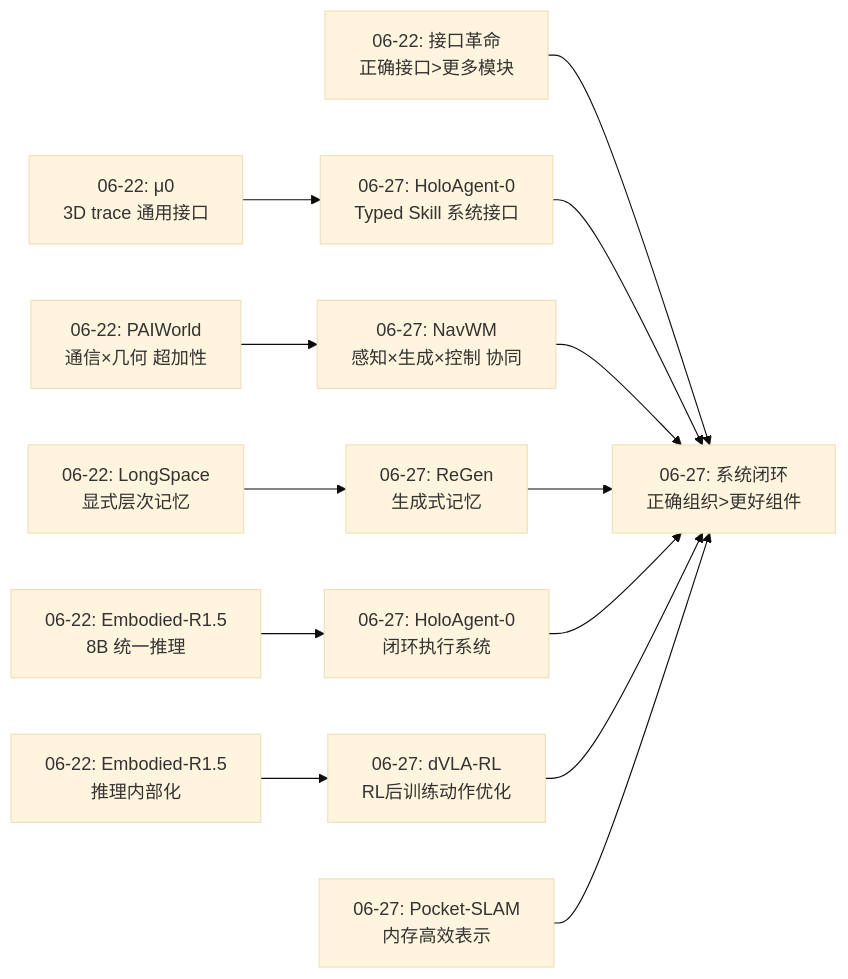
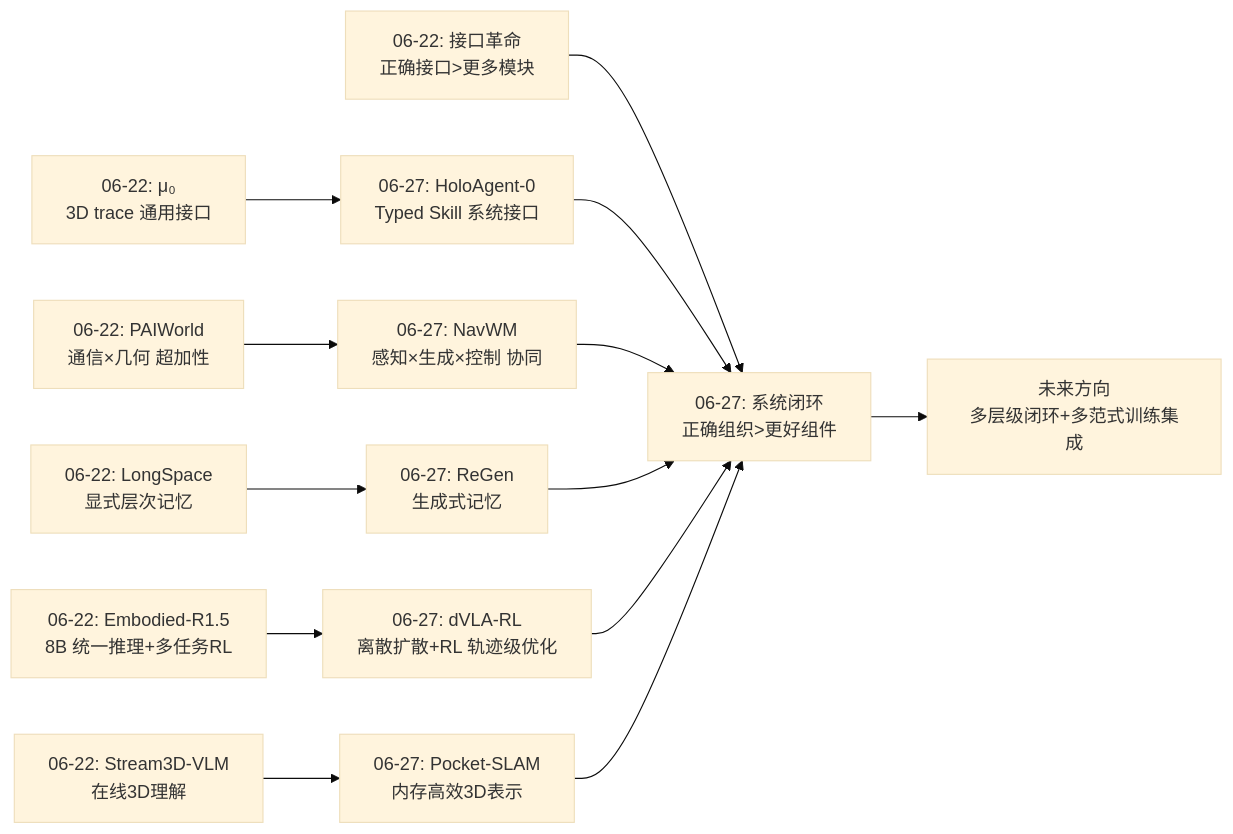
The first of 5 diagrams in daily_thinking/2026-06-27.md (ahangchen/spatial_agi), drawn with Mermaid (base theme) before and after one commit. The commit also changed other lines of this file and 6 other files, not shown here.

````diff
--- a/daily_thinking/2026-06-27.md
+++ b/daily_thinking/2026-06-27.md
@@ -72,15 +77,15 @@
 ```mermaid
 graph LR
-    A["06-22: μ0<br/>3D trace 通用接口"] --> B["06-27: HoloAgent-0<br/>Typed Skill 系统接口"]
+    A["06-22: μ₀<br/>3D trace 通用接口"] --> B["06-27: HoloAgent-0<br/>Typed Skill 系统接口"]
     C["06-22: PAIWorld<br/>通信×几何 超加性"] --> D["06-27: NavWM<br/>感知×生成×控制 协同"]
     E["06-22: LongSpace<br/>显式层次记忆"] --> F["06-27: ReGen<br/>生成式记忆"]
-    G["06-22: Embodied-R1.5<br/>8B 统一推理"] --> H["06-27: HoloAgent-0<br/>闭环执行系统"]
-    I["06-22: 接口革命<br/>正确接口>更多模块"] --> J["06-27: 系统闭环<br/>正确组织>更好组件"]
-    N["06-22: Embodied-R1.5<br/>推理内部化"] --> O["06-27: dVLA-RL<br/>RL后训练动作优化"]
-    B --> J
-    D --> J
-    F --> J
-    H --> J
-    O --> J
-    K["06-27: Pocket-SLAM<br/>内存高效表示"] --> J
+    G["06-22: Embodied-R1.5<br/>8B 统一推理+多任务RL"] --> H["06-27: dVLA-RL<br/>离散扩散+RL 轨迹级优化"]
+    I["06-22: Stream3D-VLM<br/>在线3D理解"] --> J["06-27: Pocket-SLAM<br/>内存高效3D表示"]
+    K["06-22: 接口革命<br/>正确接口>更多模块"] --> L["06-27: 系统闭环<br/>正确组织>更好组件"]
+    B --> L
+    D --> L
+    F --> L
+    H --> L
+    J --> L
+    L --> M["未来方向<br/>多层级闭环+多范式训练集成"]
 ```
````
